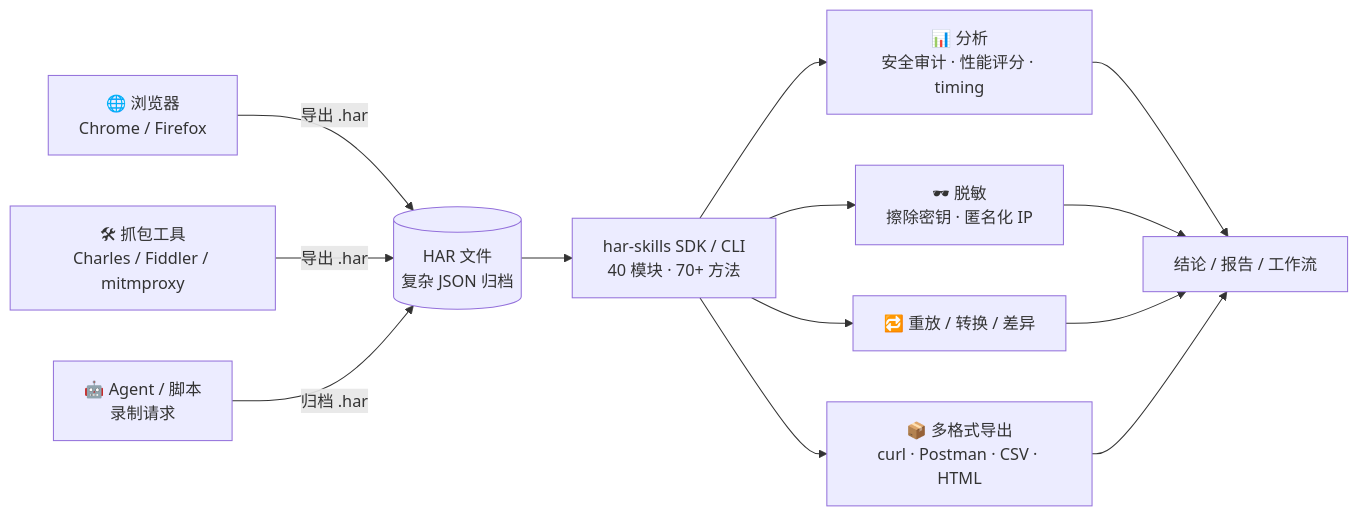
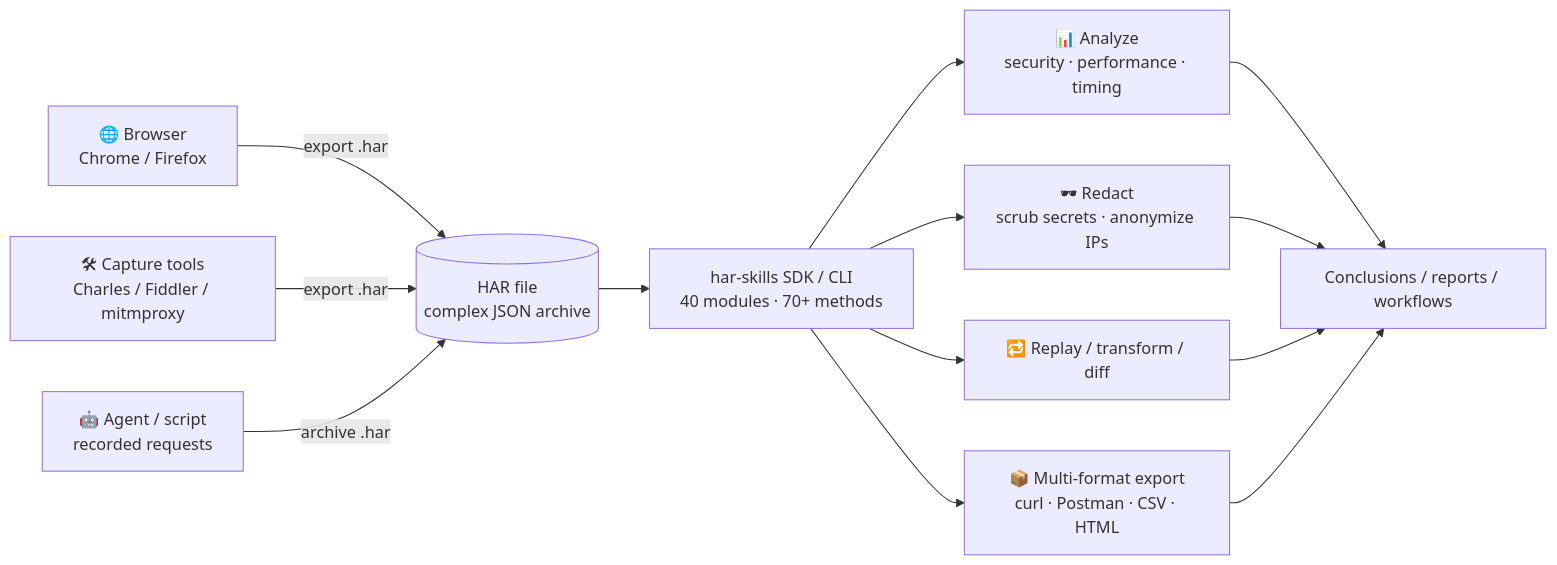
The first of 2 diagrams in website/zh/overview.md (hitechcloud-vietnam/har-skills), drawn with Mermaid before and after one commit. The commit also changed other lines of this file and 97 other files, not shown here.

````diff
--- a/website/zh/overview.md
+++ b/website/zh/overview.md
@@ -12,15 +12,15 @@
 ```mermaid
 flowchart LR
-  A1["🌐 浏览器<br/>Chrome / Firefox"] --导出 .har--> B[("HAR 文件<br/>复杂 JSON 归档")]
-  A2["🛠 抓包工具<br/>Charles / Fiddler / mitmproxy"] --导出 .har--> B
-  A3["🤖 Agent / 脚本<br/>录制请求"] --归档 .har--> B
-  B --> C["har-skills SDK / CLI<br/>40 模块 · 70+ 方法"]
-  C --> D1["📊 分析<br/>安全审计 · 性能评分 · timing"]
-  C --> D2["🕶 脱敏<br/>擦除密钥 · 匿名化 IP"]
-  C --> D3["🔁 重放 / 转换 / 差异"]
-  C --> D4["📦 多格式导出<br/>curl · Postman · CSV · HTML"]
-  D1 --> E["结论 / 报告 / 工作流"]
+  A1["🌐 Browser<br/>Chrome / Firefox"] --export .har--> B[("HAR file<br/>complex JSON archive")]
+  A2["🛠 Capture tools<br/>Charles / Fiddler / mitmproxy"] --export .har--> B
+  A3["🤖 Agent / script<br/>recorded requests"] --archive .har--> B
+  B --> C["har-skills SDK / CLI<br/>40 modules · 70+ methods"]
+  C --> D1["📊 Analyze<br/>security · performance · timing"]
+  C --> D2["🕶 Redact<br/>scrub secrets · anonymize IPs"]
+  C --> D3["🔁 Replay / transform / diff"]
+  C --> D4["📦 Multi-format export<br/>curl · Postman · CSV · HTML"]
+  D1 --> E["Conclusions / reports / workflows"]
   D2 --> E
   D3 --> E
   D4 --> E
 ```
````
